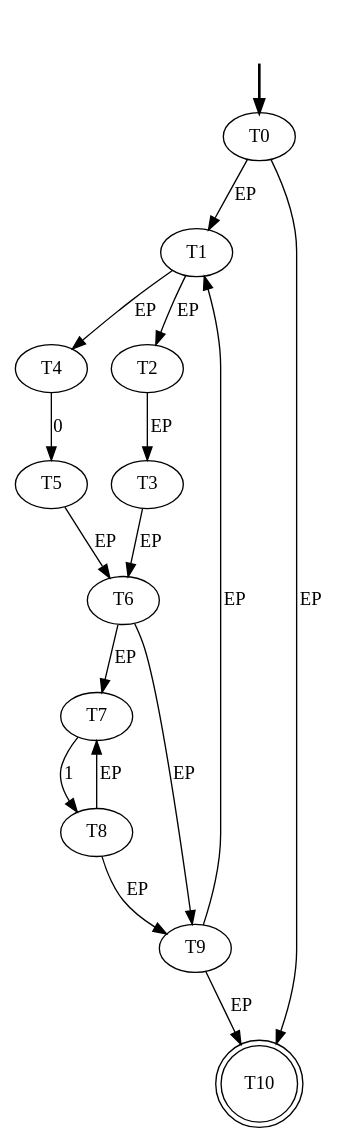
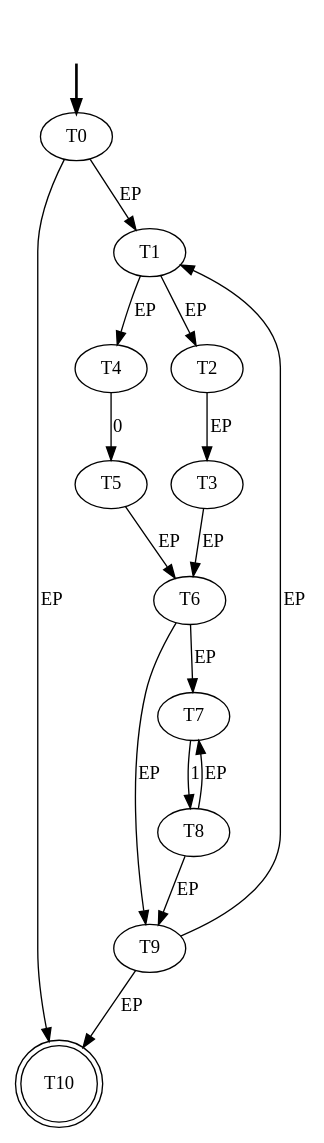
One commit to LuisDiego19FV/Proyecto_Compiladores changed the diagram in Lexer/output/((EP;0)1^)^/((EP;0)1^)^_nfa_1.dot. Above: the diagram before and after it, drawn with Graphviz. The commit also changed other lines of this file and 113 other files, not shown here.

```diff
--- a/Lexer/output/((EP;0)1^)^/((EP;0)1^)^_nfa_1.dot
+++ b/Lexer/output/((EP;0)1^)^/((EP;0)1^)^_nfa_1.dot
@@ -1,30 +1,30 @@
 digraph {
 	fake0 [style=invisible]
+	T3
 	T4
+	T10 [shape=doublecircle]
+	T1
+	T9
+	T7
+	T5
+	T8
 	T2
-	T7
-	T1
-	T5
 	T0 [root=true]
 	T6
-	T10 [shape=doublecircle]
-	T9
-	T3
-	T8
 	fake0 -> T0 [style=bold]
+	T0 -> T10 [label=EP]
 	T0 -> T1 [label=EP]
-	T0 -> T10 [label=EP]
 	T1 -> T4 [label=EP]
 	T1 -> T2 [label=EP]
 	T2 -> T3 [label=EP]
 	T3 -> T6 [label=EP]
 	T4 -> T5 [label=0]
 	T5 -> T6 [label=EP]
+	T6 -> T9 [label=EP]
 	T6 -> T7 [label=EP]
-	T6 -> T9 [label=EP]
 	T7 -> T8 [label=1]
+	T8 -> T9 [label=EP]
 	T8 -> T7 [label=EP]
-	T8 -> T9 [label=EP]
+	T9 -> T10 [label=EP]
 	T9 -> T1 [label=EP]
-	T9 -> T10 [label=EP]
 }
```
